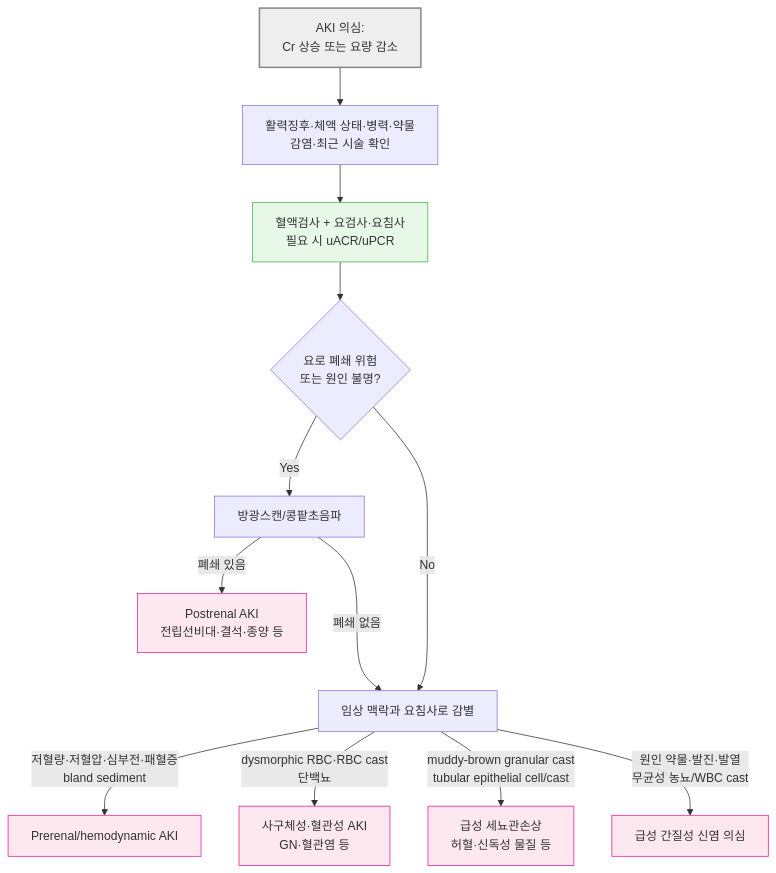
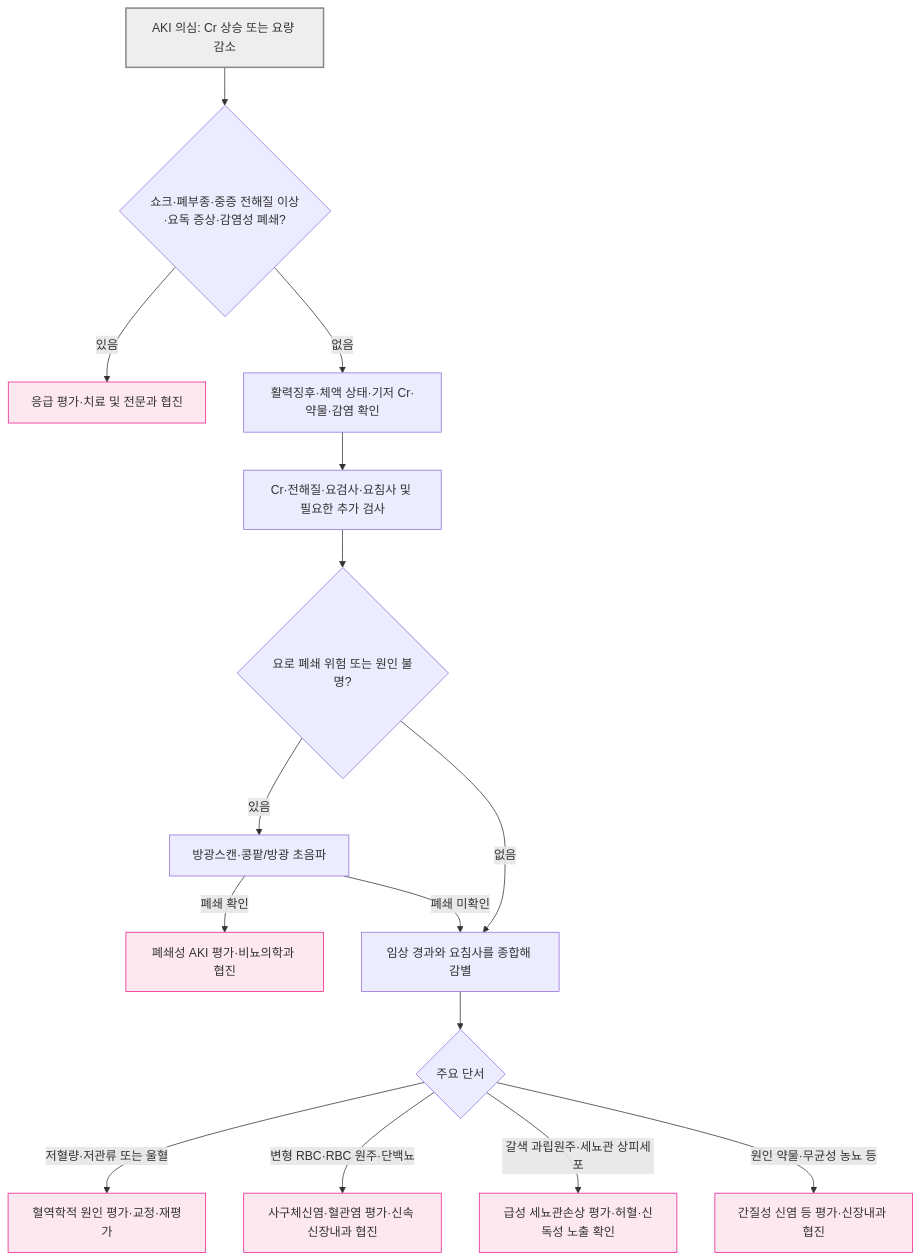
The diagram in 227_/109_-kidneydz.md (familyoh77/familyoh77), drawn with Mermaid before and after one commit. The commit also changed other lines of this file and 2 other files, not shown here.

````diff
--- a/227_/109_-kidneydz.md
+++ b/227_/109_-kidneydz.md
@@ -84,20 +92,21 @@
 ```mermaid
-graph TD
-    Start[AKI 의심:<br/>Cr 상승 또는 요량 감소] --> A[활력징후·체액 상태·병력·약물<br/>감염·최근 시술 확인]
-    A --> B[혈액검사 + 요검사·요침사<br/>필요 시 uACR/uPCR]
-    B --> C{요로 폐쇄 위험<br/>또는 원인 불명?}
-    C -->|Yes| D[방광스캔/콩팥초음파]
-    D -->|폐쇄 있음| Post[Postrenal AKI<br/>전립선비대·결석·종양 등]
-    C --->|No| E[임상 맥락과 요침사로 감별]
-    D --->|폐쇄 없음| E
-    E -->|저혈량·저혈압·심부전·패혈증<br/>bland sediment| Pre[Prerenal/hemodynamic AKI]
-    E -->|dysmorphic RBC·RBC cast<br/>단백뇨| Int1[사구체성·혈관성 AKI<br/>GN·혈관염 등]
-    E -->|muddy-brown granular cast<br/>tubular epithelial cell/cast| Int2[급성 세뇨관손상<br/>허혈·신독성 물질 등]
-    E -->|원인 약물·발진·발열<br/>무균성 농뇨/WBC cast| Int3[급성 간질성 신염 의심]
-
-
-style Start fill:#eeeeee,stroke:#888888,stroke-width:2px
-style B fill:#e8f8e8,stroke:#4caf50
-classDef pink fill:#fde8f0,stroke:#e91e8c
-class Post,Pre,Int1,Int2,Int3 pink
+flowchart TD
+    Start["AKI 의심: Cr 상승 또는 요량 감소"] --> Urgent{"쇼크·폐부종·중증 전해질 이상·요독 증상·감염성 폐쇄?"}
+    Urgent -->|있음| Emergency["응급 평가·치료 및 전문과 협진"]
+    Urgent -->|없음| A["활력징후·체액 상태·기저 Cr·약물·감염 확인"]
+    A --> B["Cr·전해질·요검사·요침사 및 필요한 추가 검사"]
+    B --> C{"요로 폐쇄 위험 또는 원인 불명?"}
+    C -->|있음| D["방광스캔·콩팥/방광 초음파"]
+    D -->|폐쇄 확인| Post["폐쇄성 AKI 평가·비뇨의학과 협진"]
+    C -->|없음| E["임상 경과와 요침사를 종합해 감별"]
+    D -->|폐쇄 미확인| E
+    E --> F{"주요 단서"}
+    F -->|저혈량·저관류 또는 울혈| Pre["혈역학적 원인 평가·교정·재평가"]
+    F -->|변형 RBC·RBC 원주·단백뇨| Int1["사구체신염·혈관염 평가·신속 신장내과 협진"]
+    F -->|갈색 과립원주·세뇨관 상피세포| Int2["급성 세뇨관손상 평가·허혈·신독성 노출 확인"]
+    F -->|원인 약물·무균성 농뇨 등| Int3["간질성 신염 등 평가·신장내과 협진"]
+    classDef start fill:#eeeeee,stroke:#888888,stroke-width:2px
+    classDef action fill:#fde8f0,stroke:#e91e8c
+    class Start start
+    class Emergency,Post,Pre,Int1,Int2,Int3 action
 ```
````
